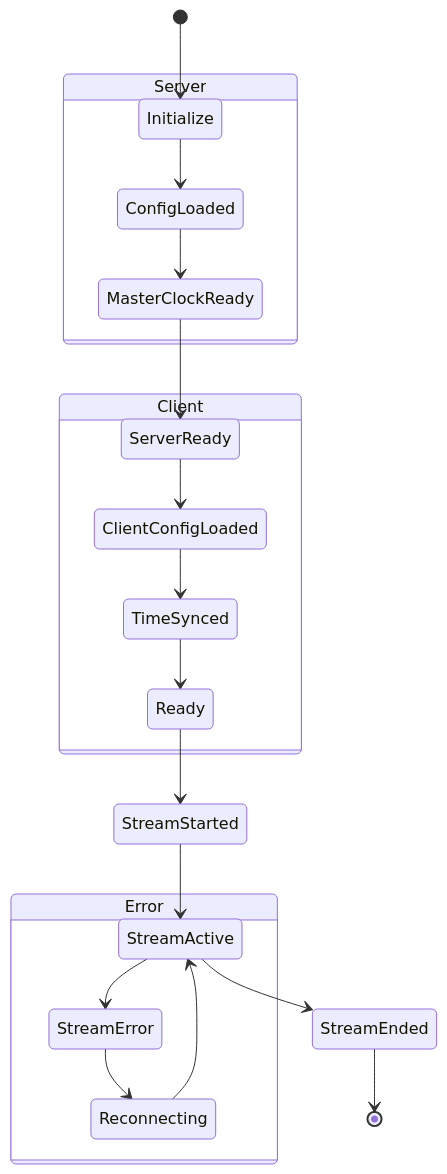
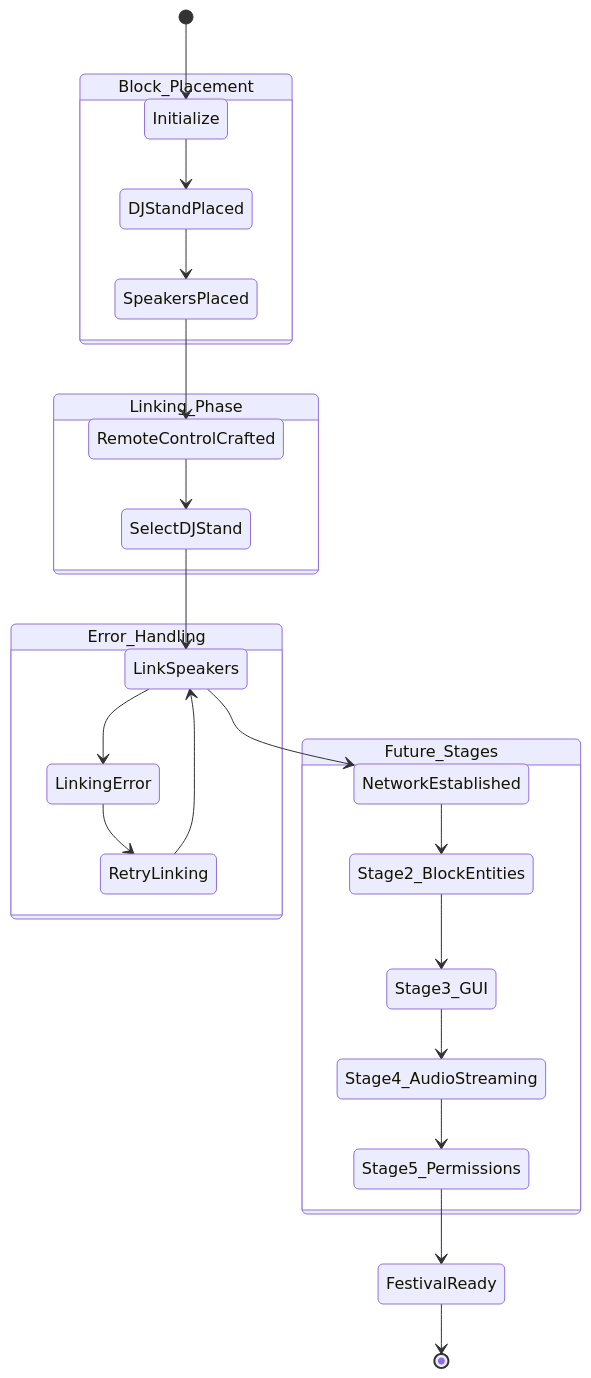
The ninth of 10 diagrams in docs/ARCHITECTURE.md (ThornsOfire/Minefest-Core), drawn with Mermaid before and after one commit. The commit also changed other lines of this file and 65 other files, not shown here.

Commit message:
v1.20.4-0.2.3.1: Complete Project Restoration & Stage 1-3 Implementation - COMPLETE CHANGELOG restored from v0.1.0.1 to current with full Stage 1-3 audio infrastructure, professional GUI system, documentation formatting fixes, and production server automation

````diff
--- a/docs/ARCHITECTURE.md
+++ b/docs/ARCHITECTURE.md
@@ -174,28 +371,32 @@
 ```mermaid
 stateDiagram-v2
     [*] --> Initialize
     
-    state Server {
-        Initialize --> ConfigLoaded
-        ConfigLoaded --> MasterClockReady
-        MasterClockReady --> ServerReady
+    state Block_Placement {
+        Initialize --> DJStandPlaced
+        DJStandPlaced --> SpeakersPlaced
+        SpeakersPlaced --> RemoteControlCrafted
     }
     
-    state Client {
-        ServerReady --> ClientConfigLoaded
-        ClientConfigLoaded --> TimeSynced
-        TimeSynced --> Ready
+    state Linking_Phase {
+        RemoteControlCrafted --> SelectDJStand
+        SelectDJStand --> LinkSpeakers
+        LinkSpeakers --> NetworkEstablished
     }
     
-    Ready --> StreamStarted
-    StreamStarted --> StreamActive
-    
-    state Error {
-        StreamActive --> StreamError
-        StreamError --> Reconnecting
-        Reconnecting --> StreamActive
+    state Future_Stages {
+        NetworkEstablished --> Stage2_BlockEntities
+        Stage2_BlockEntities --> Stage3_GUI
+        Stage3_GUI --> Stage4_AudioStreaming
+        Stage4_AudioStreaming --> Stage5_Permissions
     }
     
-    StreamActive --> StreamEnded
-    StreamEnded --> [*]
+    Stage5_Permissions --> FestivalReady
+    FestivalReady --> [*]
+    
+    state Error_Handling {
+        LinkSpeakers --> LinkingError
+        LinkingError --> RetryLinking
+        RetryLinking --> LinkSpeakers
+    }
 ```
````
